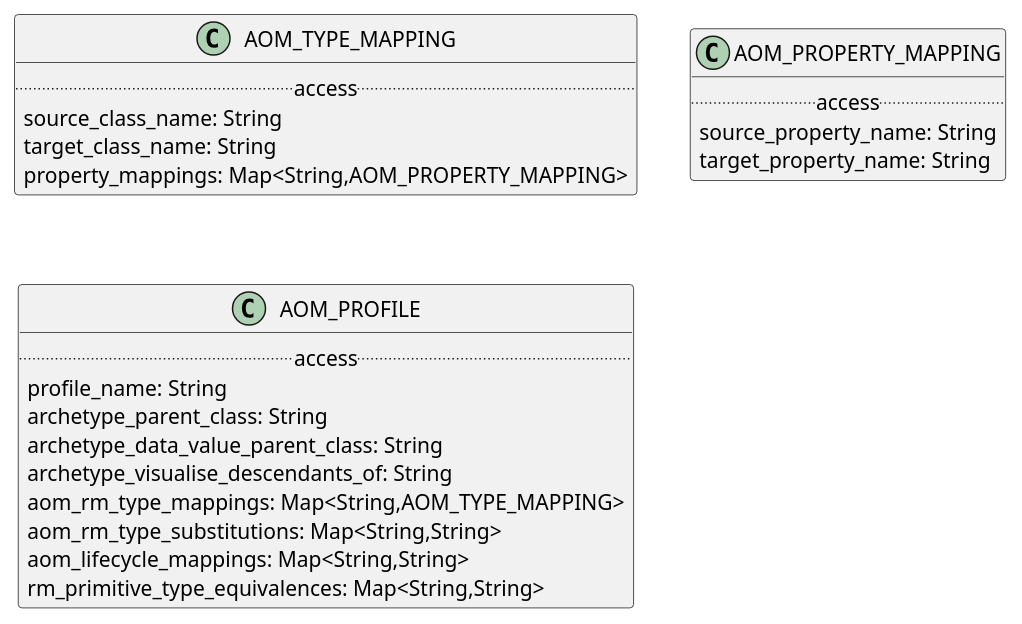
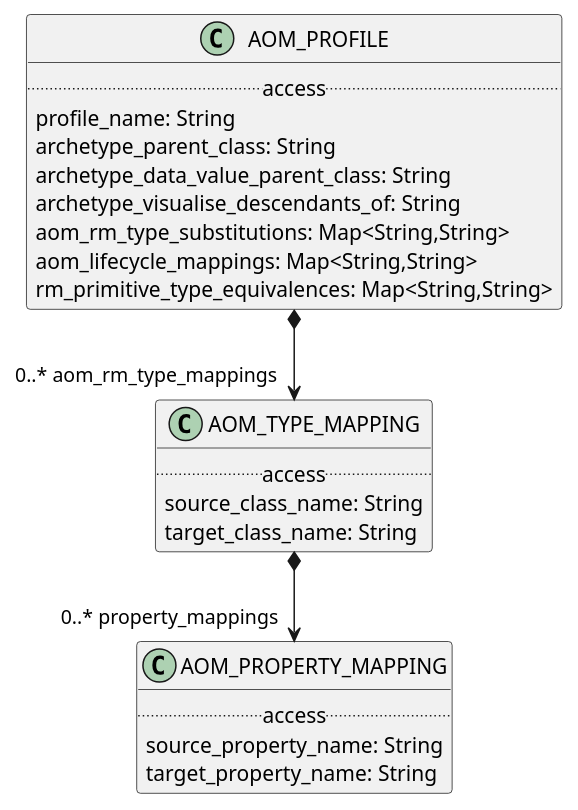
One commit to wolandscat/openehr-doc changed the diagram in modules/ROOT/examples/bmm/languages/aom2/aom_profile/aom_profile-package-uml.adoc. Above: the diagram before and after it, drawn with PlantUML. The commit also changed 26 other files, not shown here.

```diff
--- a/modules/ROOT/examples/bmm/languages/aom2/aom_profile/aom_profile-package-uml.adoc
+++ b/modules/ROOT/examples/bmm/languages/aom2/aom_profile/aom_profile-package-uml.adoc
@@ -3,35 +3,37 @@
 [plantuml,opts=interactive,link=self]
 ....
 skinparam groupInheritance 2
 skinparam citedClassColor #FDFDFD
 
 
 class AOM_TYPE_MAPPING [[/openehr-doc/latest/languages/aom2-gen.html#_class_aom_type_mapping]] {
         .. access ..
         source_class_name: String
         target_class_name: String
-        property_mappings: Map<String,AOM_PROPERTY_MAPPING>
 }
 
+
+AOM_TYPE_MAPPING *--> "0..* property_mappings" AOM_PROPERTY_MAPPING
 
 class AOM_PROPERTY_MAPPING [[/openehr-doc/latest/languages/aom2-gen.html#_class_aom_property_mapping]] {
         .. access ..
         source_property_name: String
         target_property_name: String
 }
 
 
 class AOM_PROFILE [[/openehr-doc/latest/languages/aom2-gen.html#_class_aom_profile]] {
         .. access ..
         profile_name: String
         archetype_parent_class: String
         archetype_data_value_parent_class: String
         archetype_visualise_descendants_of: String
-        aom_rm_type_mappings: Map<String,AOM_TYPE_MAPPING>
         aom_rm_type_substitutions: Map<String,String>
         aom_lifecycle_mappings: Map<String,String>
         rm_primitive_type_equivalences: Map<String,String>
 }
 
 
+AOM_PROFILE *--> "0..* aom_rm_type_mappings" AOM_TYPE_MAPPING
+
 ....
```
